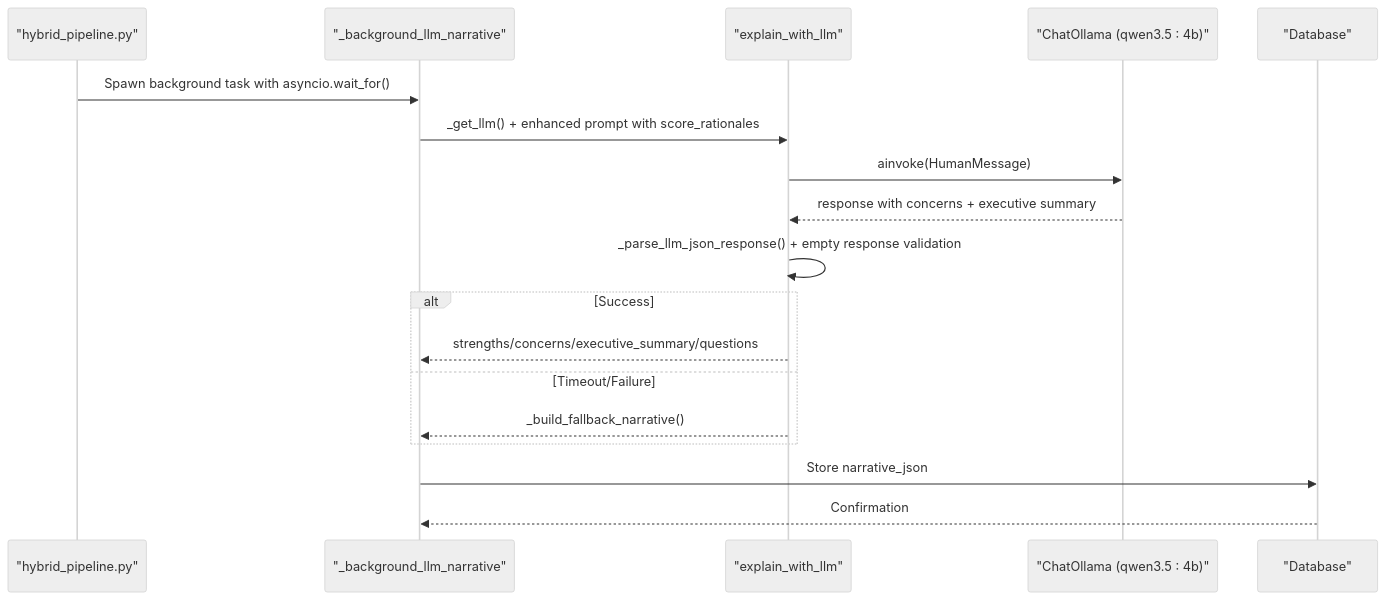
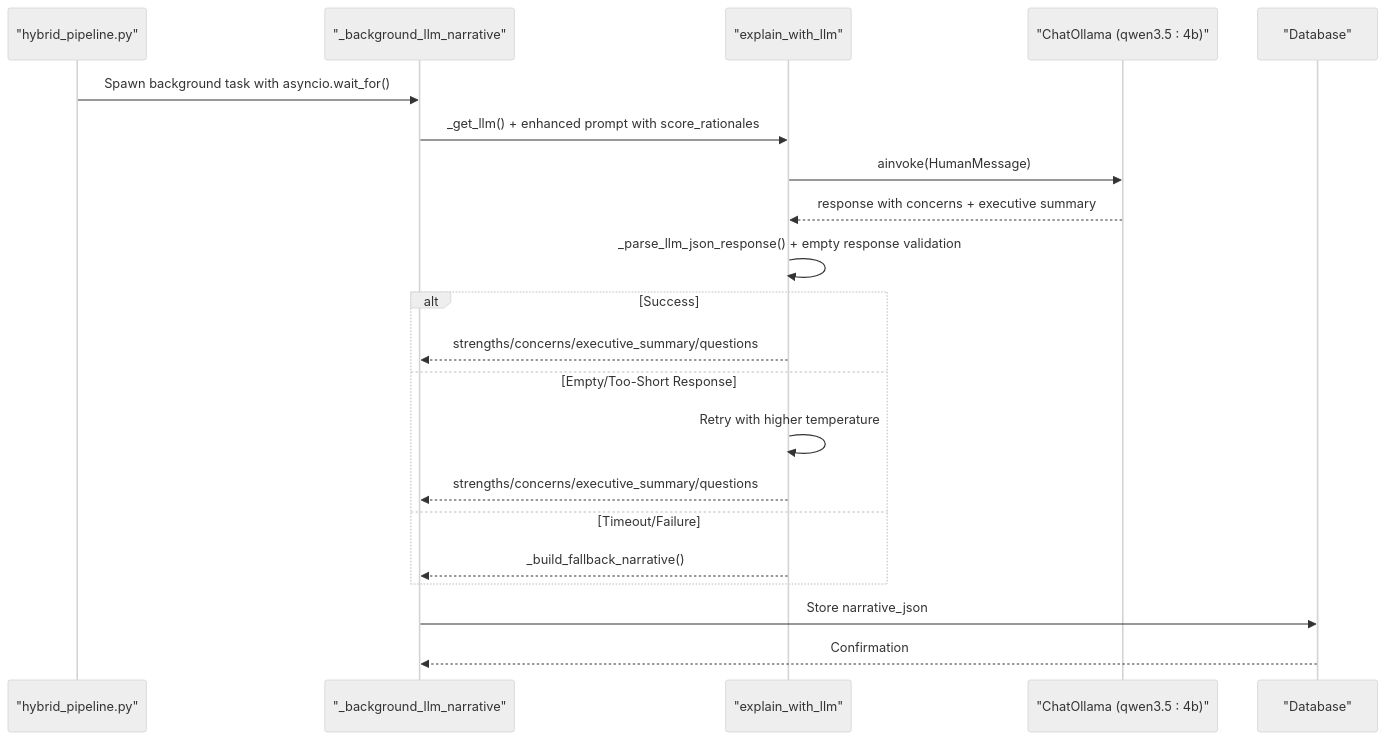
The seventh of 12 diagrams in .qoder/repowiki/en/content/Analysis Engine/Hybrid Pipeline Architecture.md (Revanththetalogics/aireume), drawn with Mermaid (neutral theme) before and after one commit. The commit also changed other lines of this file and 15 other files, not shown here.

````diff
--- a/.qoder/repowiki/en/content/Analysis Engine/Hybrid Pipeline Architecture.md
+++ b/.qoder/repowiki/en/content/Analysis Engine/Hybrid Pipeline Architecture.md
@@ -380,20 +385,23 @@
 ```mermaid
 sequenceDiagram
 participant Hybrid as "hybrid_pipeline.py"
 participant BGTask as "_background_llm_narrative"
 participant LLM as "explain_with_llm"
 participant Model as "ChatOllama (qwen3.5 : 4b)"
 participant DB as "Database"
 Hybrid->>BGTask : Spawn background task with asyncio.wait_for()
 BGTask->>LLM : _get_llm() + enhanced prompt with score_rationales
 LLM->>Model : ainvoke(HumanMessage)
 Model-->>LLM : response with concerns + executive summary
 LLM->>LLM : _parse_llm_json_response() + empty response validation
 alt Success
 LLM-->>BGTask : strengths/concerns/executive_summary/questions
+else Empty/Too-Short Response
+LLM->>LLM : Retry with higher temperature
+LLM-->>BGTask : strengths/concerns/executive_summary/questions
 else Timeout/Failure
 LLM-->>BGTask : _build_fallback_narrative()
 end
 BGTask->>DB : Store narrative_json
 DB-->>BGTask : Confirmation
 ```
````
